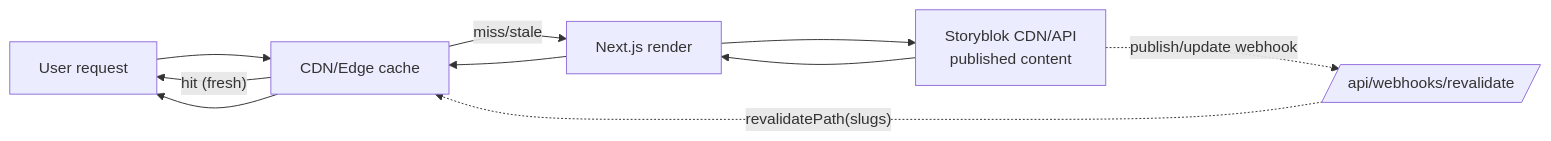
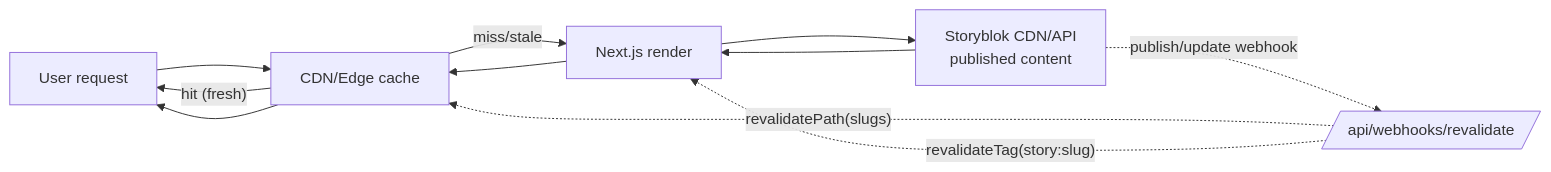
One commit to songam-su/storyblok-nextjs-mantine-demo changed the diagram in docs/reference/isr-cache-lifecycle.md. Above: the diagram before and after it, drawn with Mermaid. The commit also changed other lines of this file and 106 other files, not shown here.

````diff
--- a/docs/reference/isr-cache-lifecycle.md
+++ b/docs/reference/isr-cache-lifecycle.md
@@ -10,13 +10,14 @@
 ```mermaid
 flowchart LR
   U[User request] --> CDN[CDN/Edge cache]
   CDN -- hit (fresh) --> U
   CDN -- miss/stale --> NX[Next.js render]
   NX --> SB["Storyblok CDN/API<br/>published content"]
   SB --> NX
   NX --> CDN
   CDN --> U
 
   SB -. publish/update webhook .-> WH[/api/webhooks/revalidate/]
   WH -. revalidatePath(slugs) .-> CDN
+  WH -. revalidateTag(story:slug) .-> NX
 ```
````
